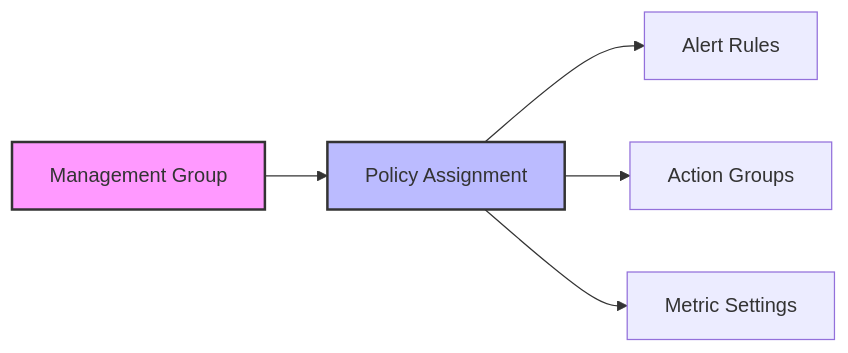
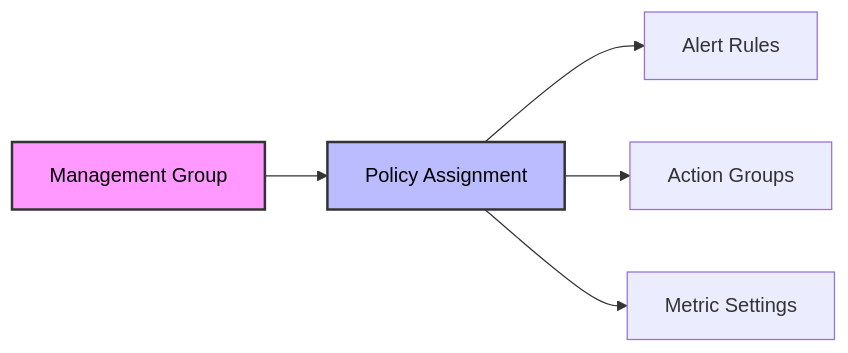
The second of 5 diagrams in docs/03-ALZ-Integration.md (davoodharun/amba-design-doc), drawn with Mermaid before and after one commit. The commit also changed other lines of this file, not shown here.

Commit message:
updates diagrams

````diff
--- a/docs/03-ALZ-Integration.md
+++ b/docs/03-ALZ-Integration.md
@@ -150,10 +150,10 @@
 ```mermaid
 graph LR
     A[Management Group] --> B[Policy Assignment]
     B --> C[Alert Rules]
     B --> D[Action Groups]
     B --> E[Metric Settings]
     
-    style A fill:#f9f,stroke:#333,stroke-width:2px
-    style B fill:#bbf,stroke:#333,stroke-width:2px
+    style A fill:#f9f,stroke:#333,stroke-width:2px,color:#000
+    style B fill:#bbf,stroke:#333,stroke-width:2px,color:#000
 ```
````
